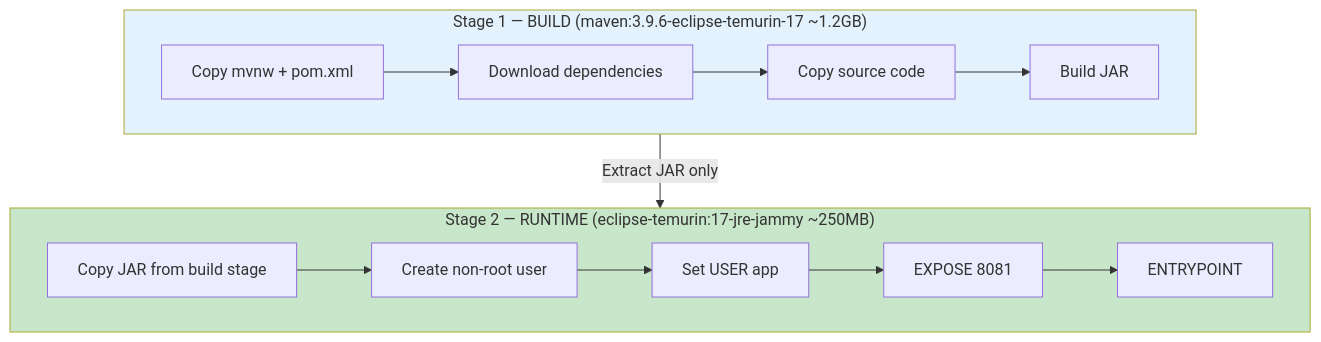
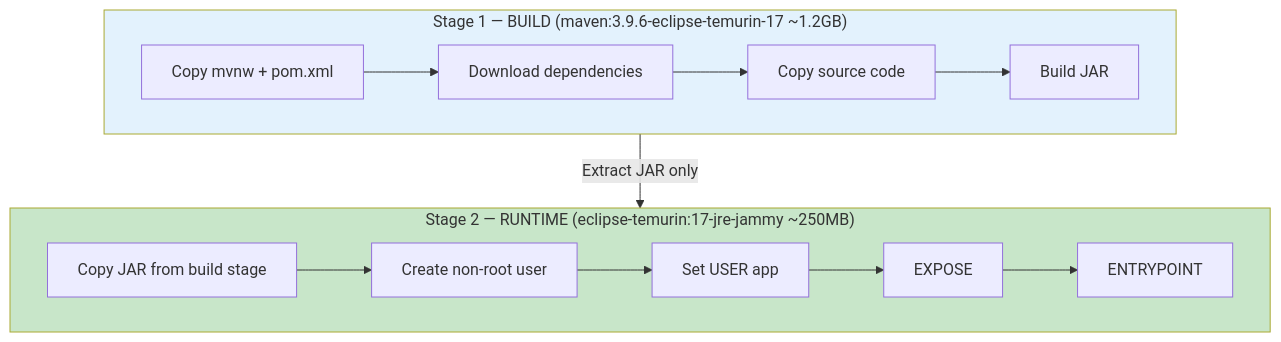
Before and after one commit to Keglev/stockease: the diagram in docs/architecture/deployment/docker-strategy.md, drawn with Mermaid. The commit also changed other lines of this file, not shown here.

````diff
--- a/docs/architecture/deployment/docker-strategy.md
+++ b/docs/architecture/deployment/docker-strategy.md
@@ -9,20 +9,20 @@
 ```mermaid
 graph TD
     subgraph Stage1["Stage 1 — BUILD (maven:3.9.6-eclipse-temurin-17 ~1.2GB)"]
         B1[Copy mvnw + pom.xml] --> B2[Download dependencies]
         B2 --> B3[Copy source code]
         B3 --> B4[Build JAR]
     end
 
     Stage1 -->|Extract JAR only| Stage2
 
     subgraph Stage2["Stage 2 — RUNTIME (eclipse-temurin:17-jre-jammy ~250MB)"]
         R1[Copy JAR from build stage] --> R2[Create non-root user]
         R2 --> R3[Set USER app]
-        R3 --> R4[EXPOSE 8081]
+        R3 --> R4[EXPOSE <port>]
         R4 --> R5[ENTRYPOINT]
     end
 
     style Stage1 fill:#e3f2fd
     style Stage2 fill:#c8e6c9
 ```
````
